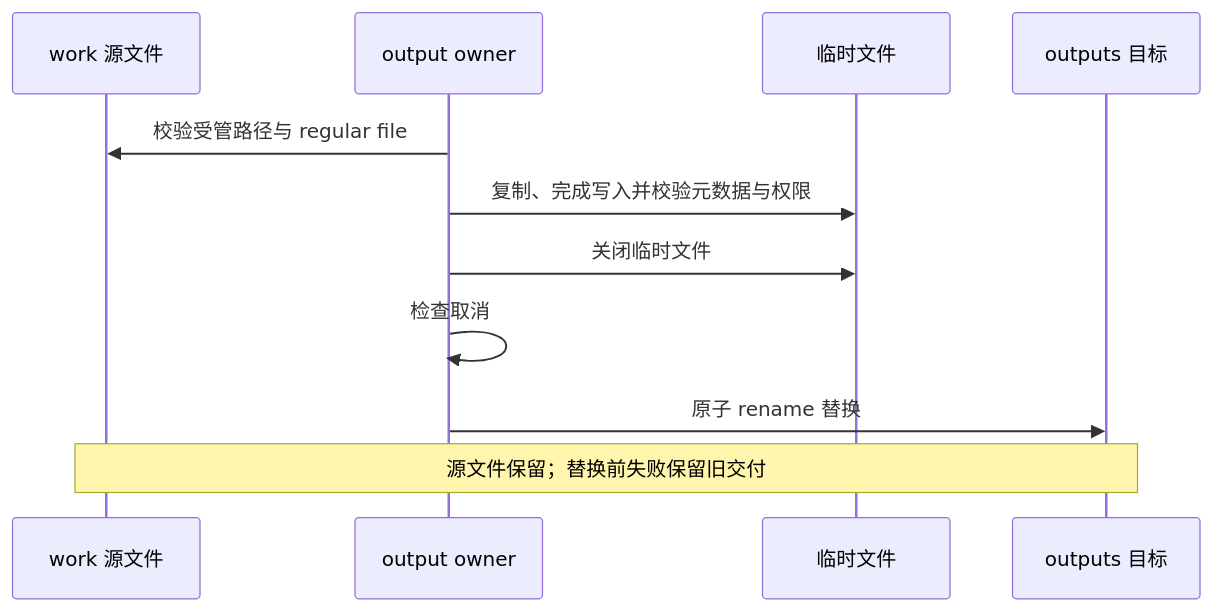
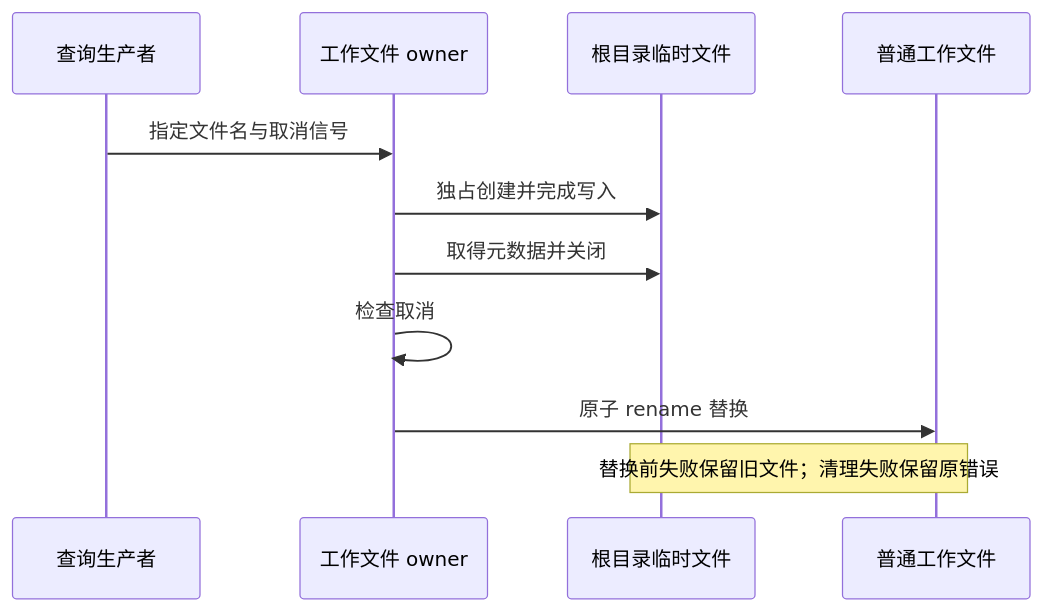
The third of 4 diagrams in docs/STORAGE.md (idoly/issue-pilot), drawn with Mermaid before and after one commit. The commit also changed other lines of this file and 114 other files, not shown here.

````diff
--- a/docs/STORAGE.md
+++ b/docs/STORAGE.md
@@ -103,13 +106,13 @@
 ```mermaid
 sequenceDiagram
-  participant Work as work 源文件
-  participant Store as output owner
-  participant Temp as 临时文件
-  participant Output as outputs 目标
-  Store->>Work: 校验受管路径与 regular file
-  Store->>Temp: 复制、完成写入并校验元数据与权限
-  Store->>Temp: 关闭临时文件
+  participant Query as 查询生产者
+  participant Store as 工作文件 owner
+  participant Temp as 根目录临时文件
+  participant File as 普通工作文件
+  Query->>Store: 指定文件名与取消信号
+  Store->>Temp: 独占创建并完成写入
+  Store->>Temp: 取得元数据并关闭
   Store->>Store: 检查取消
-  Store->>Output: 原子 rename 替换
-  Note over Work,Output: 源文件保留；替换前失败保留旧交付
+  Store->>File: 原子 rename 替换
+  Note over Temp,File: 替换前失败保留旧文件；清理失败保留原错误
 ```
````
